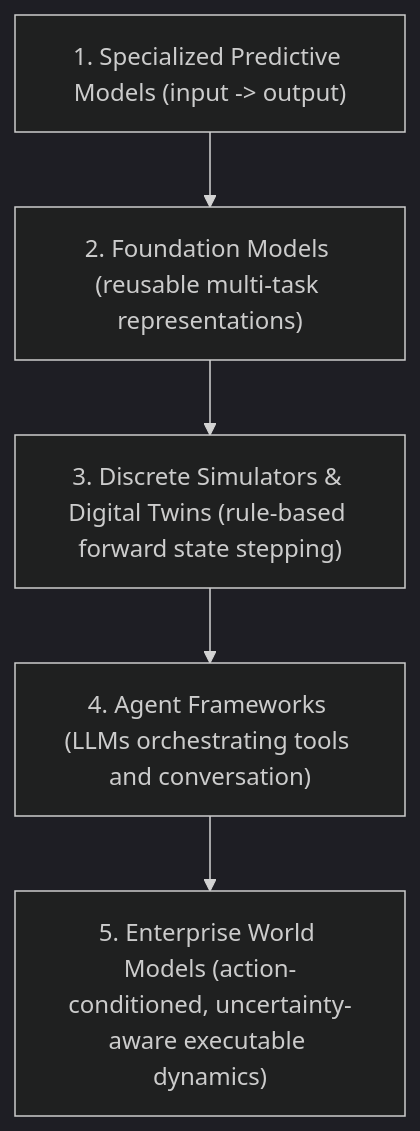
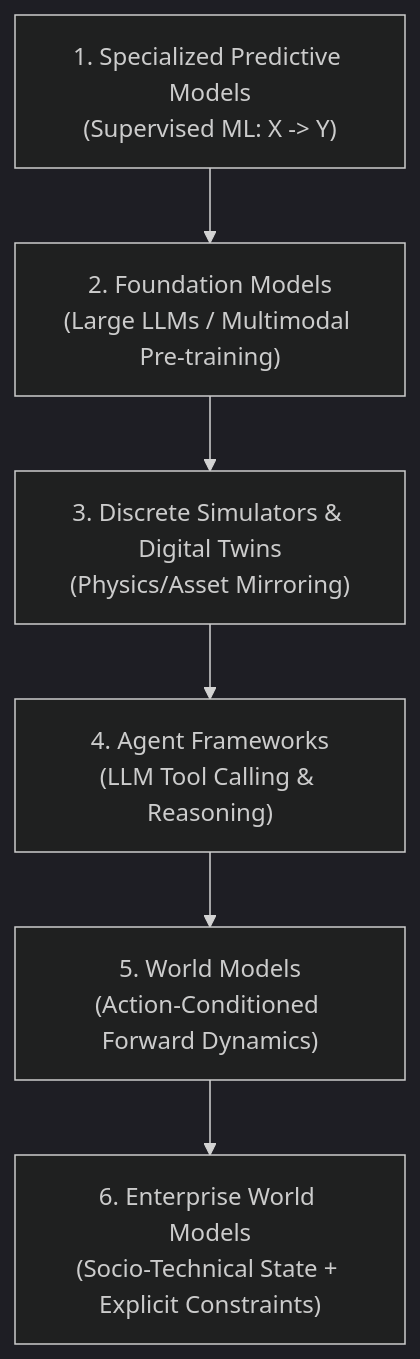
The diagram in docs/concepts/world-models.md (vfcarida/Enterprise-World-Model-Engine), drawn with Mermaid (dark theme) before and after one commit. The commit also changed other lines of this file and 105 other files, not shown here.

````diff
--- a/docs/concepts/world-models.md
+++ b/docs/concepts/world-models.md
@@ -7,7 +7,8 @@
 ```mermaid
 flowchart TD
-    SPEC["1. Specialized Predictive Models (input -> output)"] --> FOUND["2. Foundation Models (reusable multi-task representations)"]
-    FOUND --> SIM["3. Discrete Simulators & Digital Twins (rule-based forward state stepping)"]
-    SIM --> AGENT["4. Agent Frameworks (LLMs orchestrating tools and conversation)"]
-    AGENT --> EWM["5. Enterprise World Models (action-conditioned, uncertainty-aware executable dynamics)"]
+    SPEC["1. Specialized Predictive Models<br/>(Supervised ML: X -> Y)"] --> FOUND["2. Foundation Models<br/>(Large LLMs / Multimodal Pre-training)"]
+    FOUND --> SIM["3. Discrete Simulators & Digital Twins<br/>(Physics/Asset Mirroring)"]
+    SIM --> AGENT["4. Agent Frameworks<br/>(LLM Tool Calling & Reasoning)"]
+    AGENT --> WM["5. World Models<br/>(Action-Conditioned Forward Dynamics)"]
+    WM --> EWM["6. Enterprise World Models<br/>(Socio-Technical State + Explicit Constraints)"]
 ```
````
